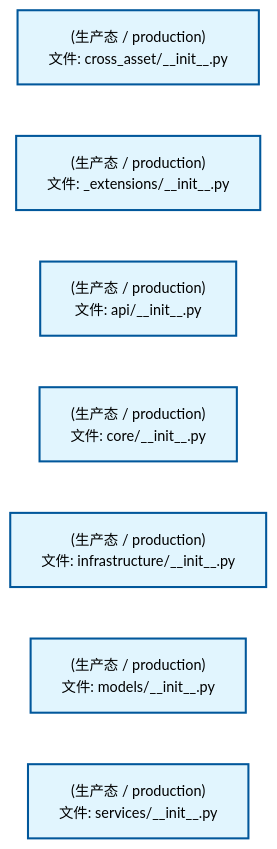
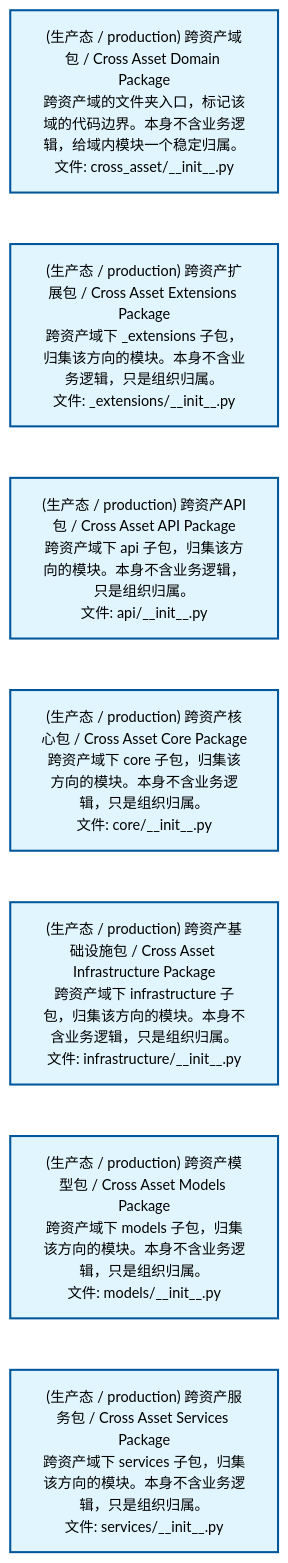
The diagram in docs/02_enterprise_architecture/02_domain_architecture_docs/40_d_cross_asset.md (xuanFelixVan/ZephyrAlpha), drawn with Mermaid before and after one commit. The commit also changed 54 other files, not shown here.

````diff
--- a/docs/02_enterprise_architecture/02_domain_architecture_docs/40_d_cross_asset.md
+++ b/docs/02_enterprise_architecture/02_domain_architecture_docs/40_d_cross_asset.md
@@ -53,22 +53,22 @@
 ```mermaid
 %%{init: {'theme': 'base', 'themeVariables': {'primaryColor': '#eaeaea', 'primaryTextColor': '#333333', 'primaryBorderColor': '#666666', 'lineColor': '#666666', 'secondaryColor': '#eaeaea', 'tertiaryColor': '#eaeaea', 'fontSize': '14px'}}}%%
 flowchart TD
-    src_zephyr_cross_asset_init_py["(生产态 / production)<br/>文件: cross_asset/__init__.py"]
-    src_zephyr_cross_asset_extensions_init_py["(生产态 / production)<br/>文件: _extensions/__init__.py"]
-    src_zephyr_cross_asset_api_init_py["(生产态 / production)<br/>文件: api/__init__.py"]
-    src_zephyr_cross_asset_core_init_py["(生产态 / production)<br/>文件: core/__init__.py"]
-    src_zephyr_cross_asset_infrastructure_init_py["(生产态 / production)<br/>文件: infrastructure/__init__.py"]
-    src_zephyr_cross_asset_models_init_py["(生产态 / production)<br/>文件: models/__init__.py"]
-    src_zephyr_cross_asset_services_init_py["(生产态 / production)<br/>文件: services/__init__.py"]
+    src_zephyr_cross_asset_init_py["(生产态 / production) 跨资产域包 / Cross Asset Domain Package<br/>跨资产域的文件夹入口，标记该域的代码边界。本身不含业务逻辑，给域内模块一个稳定归属。<br/>文件: cross_asset/__init__.py"]
+    src_zephyr_cross_asset_extensions_init_py["(生产态 / production) 跨资产扩展包 / Cross Asset Extensions Package<br/>跨资产域下 _extensions 子包，归集该方向的模块。本身不含业务逻辑，只是组织归属。<br/>文件: _extensions/__init__.py"]
+    src_zephyr_cross_asset_api_init_py["(生产态 / production) 跨资产API包 / Cross Asset API Package<br/>跨资产域下 api 子包，归集该方向的模块。本身不含业务逻辑，只是组织归属。<br/>文件: api/__init__.py"]
+    src_zephyr_cross_asset_core_init_py["(生产态 / production) 跨资产核心包 / Cross Asset Core Package<br/>跨资产域下 core 子包，归集该方向的模块。本身不含业务逻辑，只是组织归属。<br/>文件: core/__init__.py"]
+    src_zephyr_cross_asset_infrastructure_init_py["(生产态 / production) 跨资产基础设施包 / Cross Asset Infrastructure Package<br/>跨资产域下 infrastructure 子包，归集该方向的模块。本身不含业务逻辑，只是组织归属。<br/>文件: infrastructure/__init__.py"]
+    src_zephyr_cross_asset_models_init_py["(生产态 / production) 跨资产模型包 / Cross Asset Models Package<br/>跨资产域下 models 子包，归集该方向的模块。本身不含业务逻辑，只是组织归属。<br/>文件: models/__init__.py"]
+    src_zephyr_cross_asset_services_init_py["(生产态 / production) 跨资产服务包 / Cross Asset Services Package<br/>跨资产域下 services 子包，归集该方向的模块。本身不含业务逻辑，只是组织归属。<br/>文件: services/__init__.py"]
     src_zephyr_cross_asset_init_py ~~~ src_zephyr_cross_asset_extensions_init_py
     src_zephyr_cross_asset_extensions_init_py ~~~ src_zephyr_cross_asset_api_init_py
     src_zephyr_cross_asset_api_init_py ~~~ src_zephyr_cross_asset_core_init_py
     src_zephyr_cross_asset_core_init_py ~~~ src_zephyr_cross_asset_infrastructure_init_py
     src_zephyr_cross_asset_infrastructure_init_py ~~~ src_zephyr_cross_asset_models_init_py
     src_zephyr_cross_asset_models_init_py ~~~ src_zephyr_cross_asset_services_init_py
     classDef production fill:#e1f5fe,stroke:#01579b,stroke-width:2px,color:#000
     classDef design fill:#fff3e0,stroke:#e65100,stroke-width:2px,color:#000,stroke-dasharray: 5 5
     classDef external_prod fill:#e8f4fd,stroke:#0277bd,stroke-width:1px,color:#000
     classDef external_design fill:#fff8e7,stroke:#ef6c00,stroke-width:1px,color:#000,stroke-dasharray: 5 5
     class src_zephyr_cross_asset_init_py,src_zephyr_cross_asset_extensions_init_py,src_zephyr_cross_asset_api_init_py,src_zephyr_cross_asset_core_init_py,src_zephyr_cross_asset_infrastructure_init_py,src_zephyr_cross_asset_models_init_py,src_zephyr_cross_asset_services_init_py production
 ```
````
